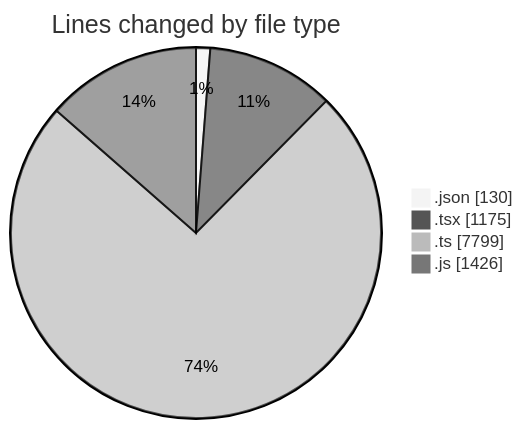
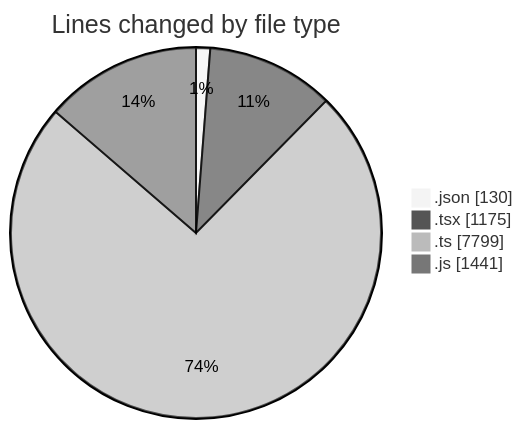
Before and after one commit to momahboobian/code-tracking: the first of 2 diagrams in 2025-07-28/cda/README.md, drawn with Mermaid (neutral theme). The commit also changed other lines of this file and 1 other file, not shown here.

````diff
--- a/2025-07-28/cda/README.md
+++ b/2025-07-28/cda/README.md
@@ -30,8 +30,8 @@
 ```mermaid
 pie showData
 title Lines changed by file type
 ".json" : 130
 ".tsx" : 1175
 ".ts" : 7799
-".js" : 1426
+".js" : 1441
 ```
````
